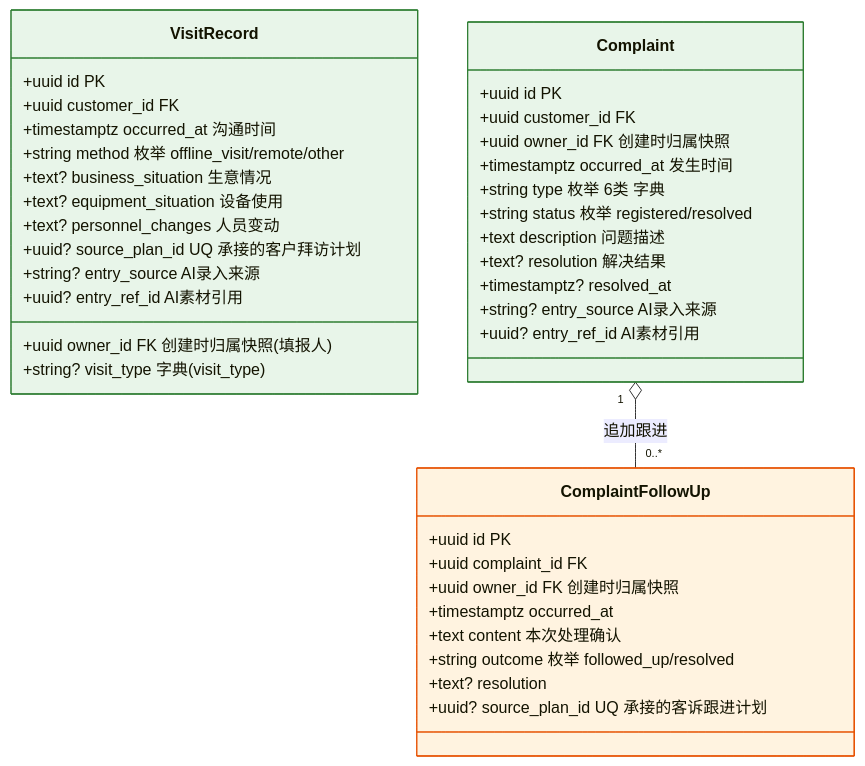
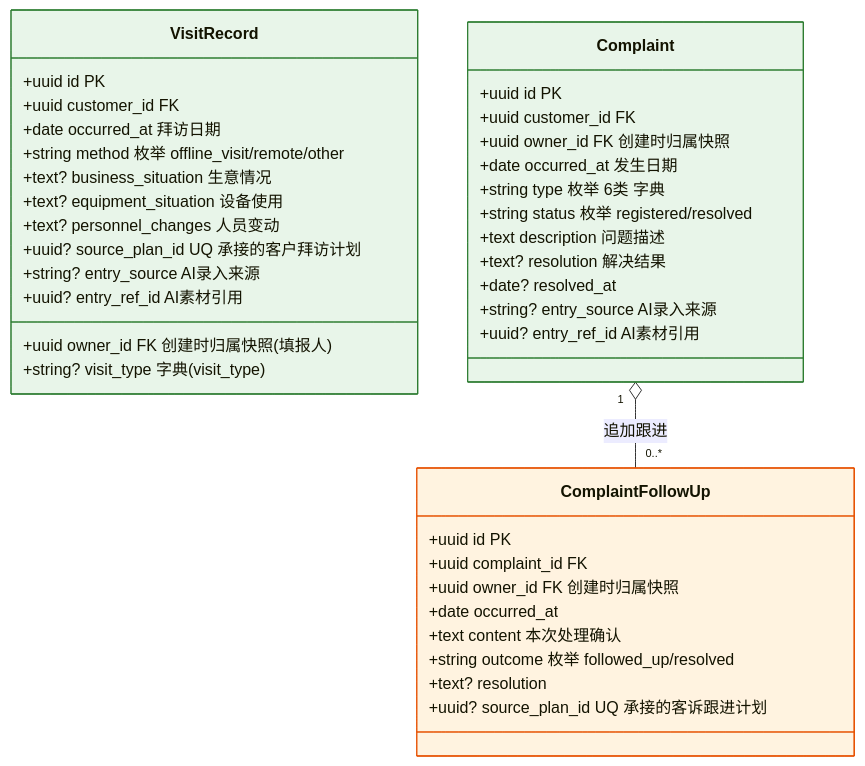
The third of 26 diagrams in docs/重构架构决策与实施蓝图.md (lixiname/LITECRM), drawn with Mermaid before and after one commit. The commit also changed other lines of this file and 2 other files, not shown here.

````diff
--- a/docs/重构架构决策与实施蓝图.md
+++ b/docs/重构架构决策与实施蓝图.md
@@ -586,44 +623,44 @@
 ```mermaid
 classDiagram
     class VisitRecord {
         +uuid id PK
         +uuid customer_id FK
         +uuid owner_id FK 创建时归属快照(填报人)
-        +timestamptz occurred_at 沟通时间
+        +date occurred_at 拜访日期
         +string method 枚举 offline_visit/remote/other
         +string? visit_type 字典(visit_type)
         +text? business_situation 生意情况
         +text? equipment_situation 设备使用
         +text? personnel_changes 人员变动
         +uuid? source_plan_id UQ 承接的客户拜访计划
         +string? entry_source AI录入来源
         +uuid? entry_ref_id AI素材引用
     }
     class Complaint {
         +uuid id PK
         +uuid customer_id FK
         +uuid owner_id FK 创建时归属快照
-        +timestamptz occurred_at 发生时间
+        +date occurred_at 发生日期
         +string type 枚举 6类 字典
         +string status 枚举 registered/resolved
         +text description 问题描述
         +text? resolution 解决结果
-        +timestamptz? resolved_at
+        +date? resolved_at
         +string? entry_source AI录入来源
         +uuid? entry_ref_id AI素材引用
     }
     class ComplaintFollowUp {
         +uuid id PK
         +uuid complaint_id FK
         +uuid owner_id FK 创建时归属快照
-        +timestamptz occurred_at
+        +date occurred_at
         +text content 本次处理确认
         +string outcome 枚举 followed_up/resolved
         +text? resolution
         +uuid? source_plan_id UQ 承接的客诉跟进计划
     }
     Complaint "1" o-- "0..*" ComplaintFollowUp : 追加跟进
     style VisitRecord fill:#e8f5e9,stroke:#2e7d32
     style Complaint fill:#e8f5e9,stroke:#2e7d32
     style ComplaintFollowUp fill:#fff3e0,stroke:#e65100
 ```
````
